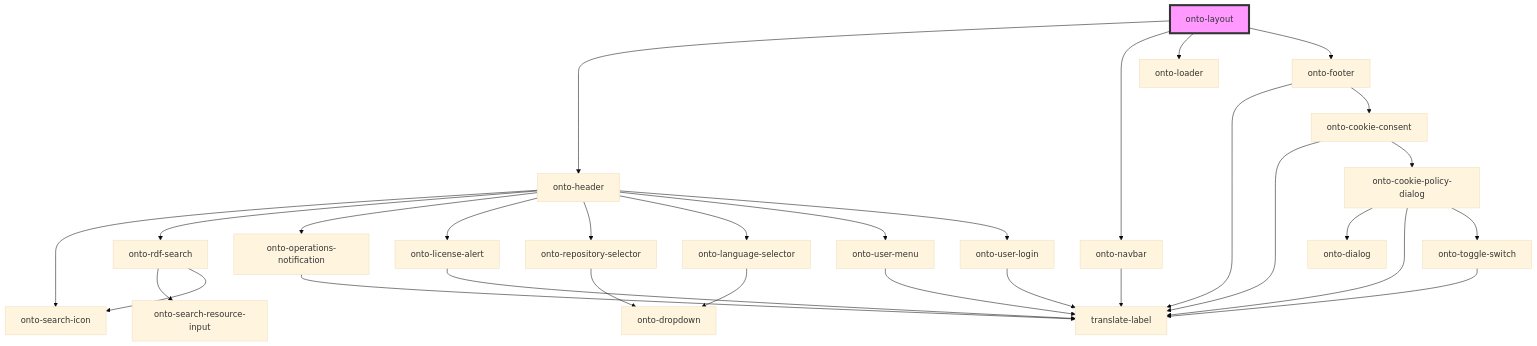
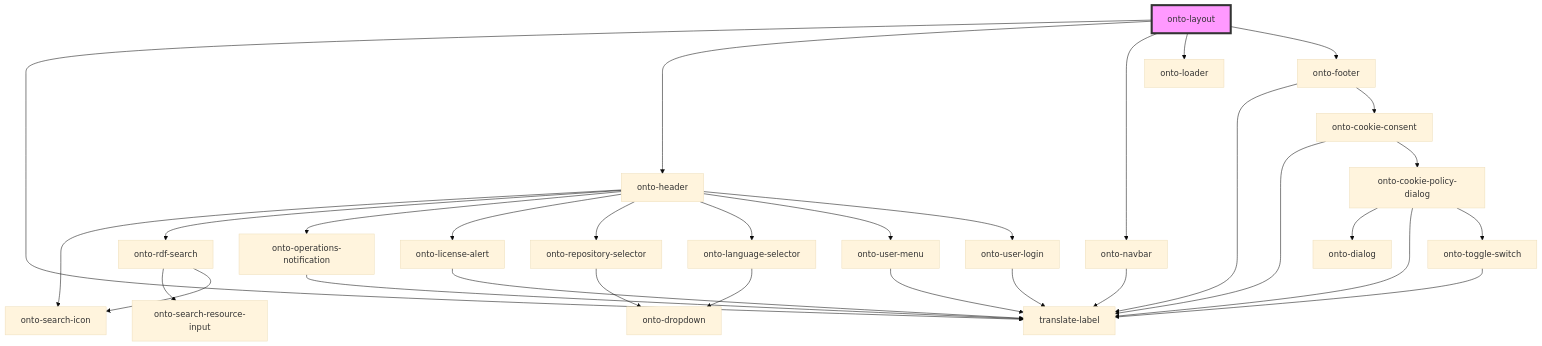
The diagram in packages/shared-components/src/components/onto-layout/readme.md (Ontotext-AD/graphdb-workbench), drawn with Mermaid (base theme) before and after one commit. The commit also changed other lines of this file and 7 other files, not shown here.

````diff
--- a/packages/shared-components/src/components/onto-layout/readme.md
+++ b/packages/shared-components/src/components/onto-layout/readme.md
@@ -18,33 +19,34 @@
 ```mermaid
 graph TD;
+  onto-layout --> translate-label
   onto-layout --> onto-header
   onto-layout --> onto-navbar
   onto-layout --> onto-loader
   onto-layout --> onto-footer
   onto-header --> onto-search-icon
   onto-header --> onto-rdf-search
   onto-header --> onto-operations-notification
   onto-header --> onto-license-alert
   onto-header --> onto-repository-selector
   onto-header --> onto-language-selector
   onto-header --> onto-user-menu
   onto-header --> onto-user-login
   onto-rdf-search --> onto-search-resource-input
   onto-rdf-search --> onto-search-icon
   onto-operations-notification --> translate-label
   onto-license-alert --> translate-label
   onto-repository-selector --> onto-dropdown
   onto-language-selector --> onto-dropdown
   onto-user-menu --> translate-label
   onto-user-login --> translate-label
   onto-navbar --> translate-label
   onto-footer --> translate-label
   onto-footer --> onto-cookie-consent
   onto-cookie-consent --> translate-label
   onto-cookie-consent --> onto-cookie-policy-dialog
   onto-cookie-policy-dialog --> onto-dialog
   onto-cookie-policy-dialog --> translate-label
   onto-cookie-policy-dialog --> onto-toggle-switch
   onto-toggle-switch --> translate-label
   style onto-layout fill:#f9f,stroke:#333,stroke-width:4px
 ```
````
